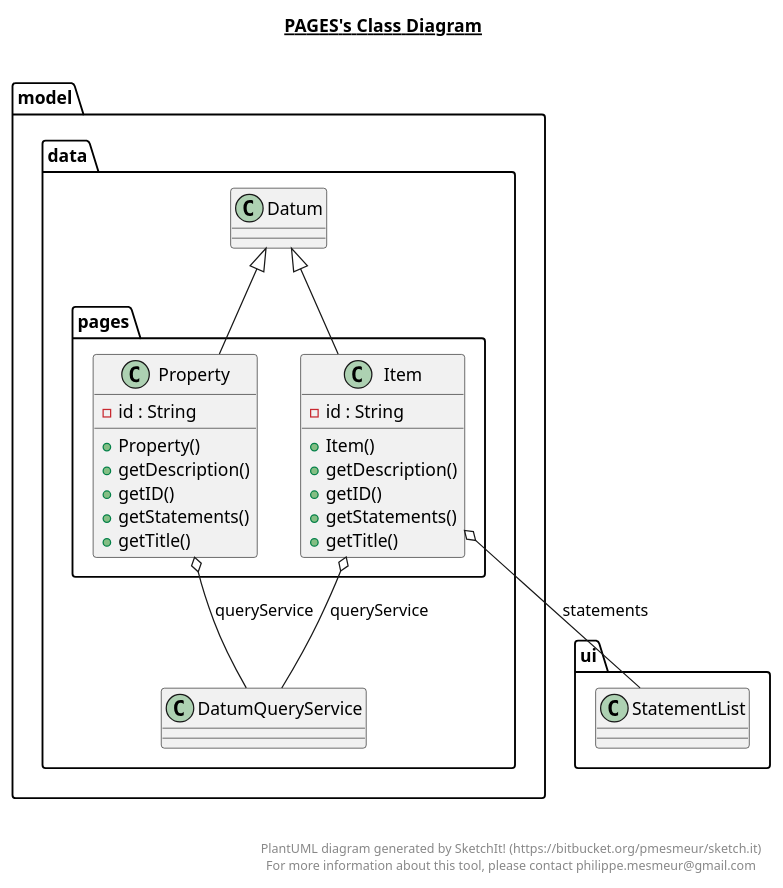
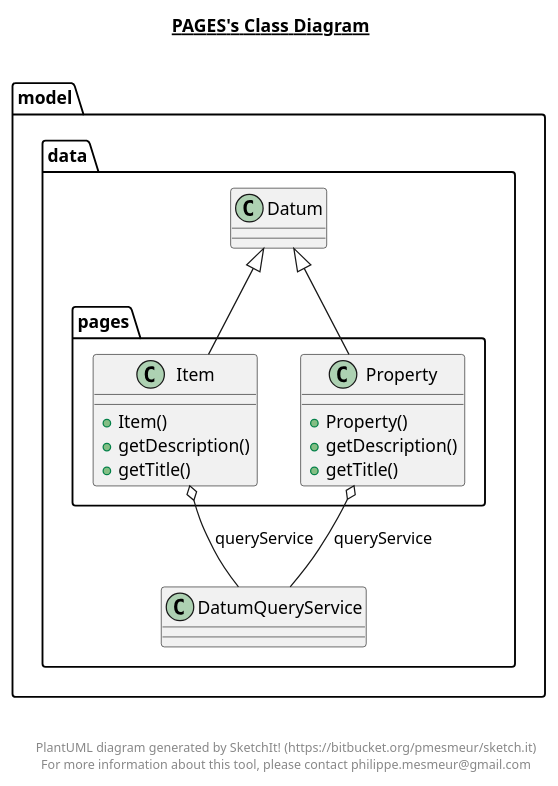
The diagram in src/main/model/data/pages/pages.plantuml (Bryce-MW/WikidataExplorer), drawn with PlantUML before and after one commit. The commit also changed 6 other files, not shown here.

Commit message:
Updated diagrams

```diff
--- a/src/main/model/data/pages/pages.plantuml
+++ b/src/main/model/data/pages/pages.plantuml
@@ -1,47 +1,40 @@
 @startuml
 
 title __PAGES's Class Diagram__\n
 
   namespace model.data {
     namespace pages {
       class model.data.pages.Item {
-          - id : String
           + Item()
           + getDescription()
-          + getID()
-          + getStatements()
           + getTitle()
       }
     }
   }
   
 
   namespace model.data {
     namespace pages {
       class model.data.pages.Property {
-          - id : String
           + Property()
           + getDescription()
-          + getID()
-          + getStatements()
           + getTitle()
       }
     }
   }
   
 
   model.data.pages.Item -up-|> model.data.Datum
   model.data.pages.Item o-- model.data.DatumQueryService : queryService
-  model.data.pages.Item o-- ui.StatementList : statements
   model.data.pages.Property -up-|> model.data.Datum
   model.data.pages.Property o-- model.data.DatumQueryService : queryService
 
 
 right footer
 
 
 PlantUML diagram generated by SketchIt! (https://bitbucket.org/pmesmeur/sketch.it)
 For more information about this tool, please contact philippe.mesmeur@gmail.com
 endfooter
 
 @enduml
```
